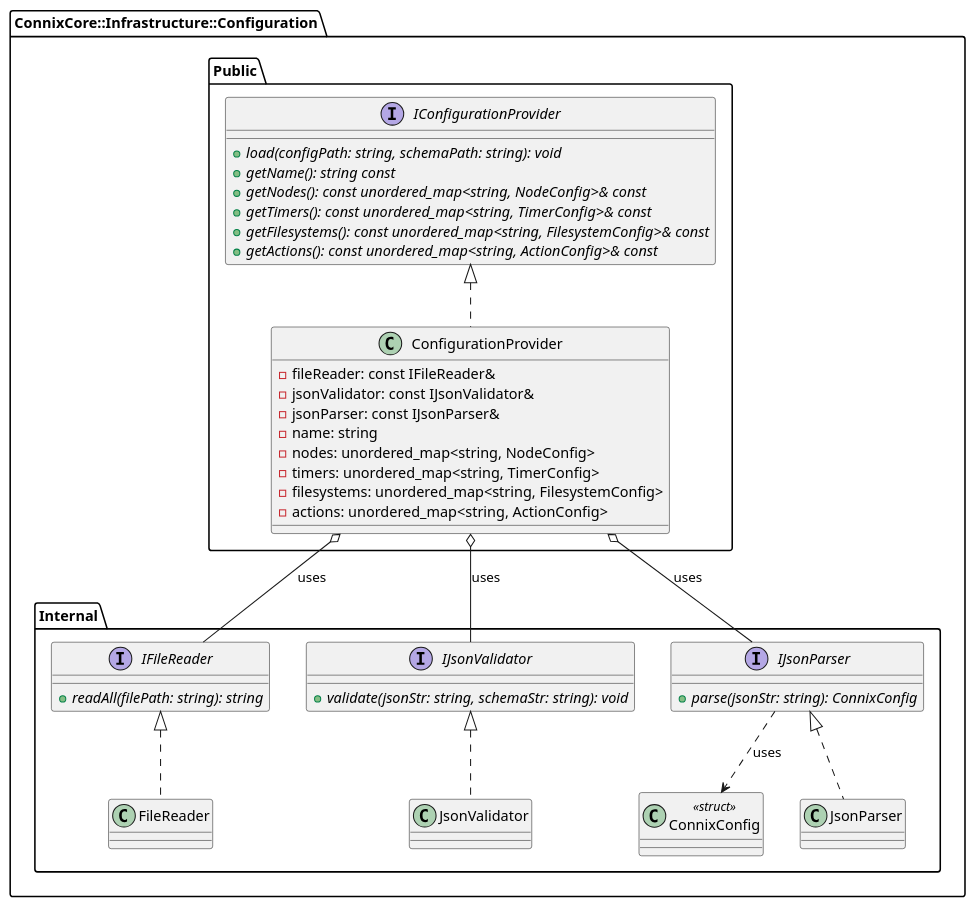
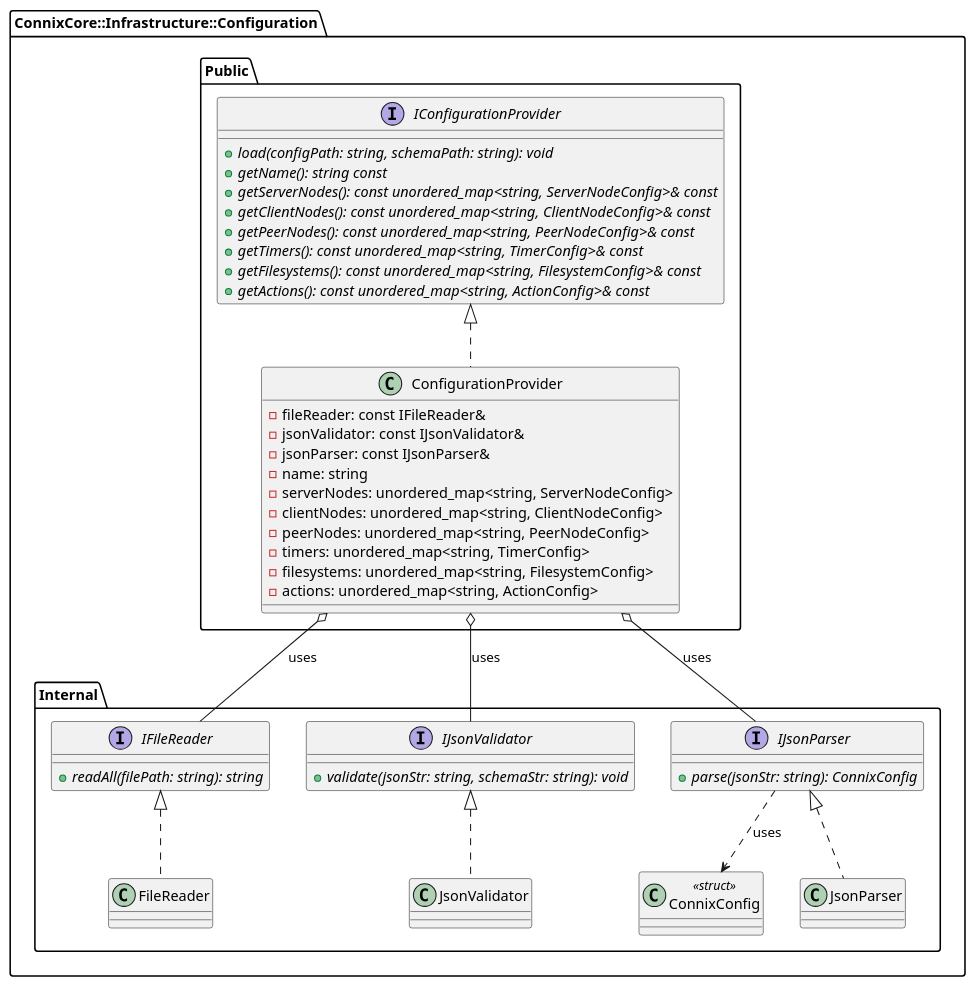
The diagram in connix/connix-core/infrastructure/configuration/dd/interface_view.puml (nghdang/connix), drawn with PlantUML before and after one commit. The commit also changed 27 other files, not shown here.

```diff
--- a/connix/connix-core/infrastructure/configuration/dd/interface_view.puml
+++ b/connix/connix-core/infrastructure/configuration/dd/interface_view.puml
@@ -1,66 +1,70 @@
 @startuml Configuration Component - Interface View
 
 namespace ConnixCore::Infrastructure::Configuration {
 
 package "Public" {
 
     interface IConfigurationProvider {
         + {abstract} load(configPath: string, schemaPath: string): void
         + {abstract} getName(): string const
-        + {abstract} getNodes(): const unordered_map<string, NodeConfig>& const
+        + {abstract} getServerNodes(): const unordered_map<string, ServerNodeConfig>& const
+        + {abstract} getClientNodes(): const unordered_map<string, ClientNodeConfig>& const
+        + {abstract} getPeerNodes(): const unordered_map<string, PeerNodeConfig>& const
         + {abstract} getTimers(): const unordered_map<string, TimerConfig>& const
         + {abstract} getFilesystems(): const unordered_map<string, FilesystemConfig>& const
         + {abstract} getActions(): const unordered_map<string, ActionConfig>& const
     }
 
     class ConfigurationProvider {
         - fileReader: const IFileReader&
         - jsonValidator: const IJsonValidator&
         - jsonParser: const IJsonParser&
         - name: string
-        - nodes: unordered_map<string, NodeConfig>
+        - serverNodes: unordered_map<string, ServerNodeConfig>
+        - clientNodes: unordered_map<string, ClientNodeConfig>
+        - peerNodes: unordered_map<string, PeerNodeConfig>
         - timers: unordered_map<string, TimerConfig>
         - filesystems: unordered_map<string, FilesystemConfig>
         - actions: unordered_map<string, ActionConfig>
     }
 
     IConfigurationProvider <|.. ConfigurationProvider
 
 }
 
 package "Internal" {
 
     interface IFileReader {
         + {abstract} readAll(filePath: string): string
     }
 
     interface IJsonValidator {
         + {abstract} validate(jsonStr: string, schemaStr: string): void
     }
 
     interface IJsonParser {
         + {abstract} parse(jsonStr: string): ConnixConfig
     }
 
     class ConnixConfig <<struct>>
 
     class FileReader
 
     class JsonValidator
 
     class JsonParser
 
     IFileReader <|.. FileReader
     IJsonValidator <|.. JsonValidator
     IJsonParser <|.. JsonParser
     IJsonParser ..> ConnixConfig : uses
 
 }
 
 ConfigurationProvider o-- IFileReader : uses
 ConfigurationProvider o-- IJsonValidator : uses
 ConfigurationProvider o-- IJsonParser : uses
 
 }
 
 @enduml
```
